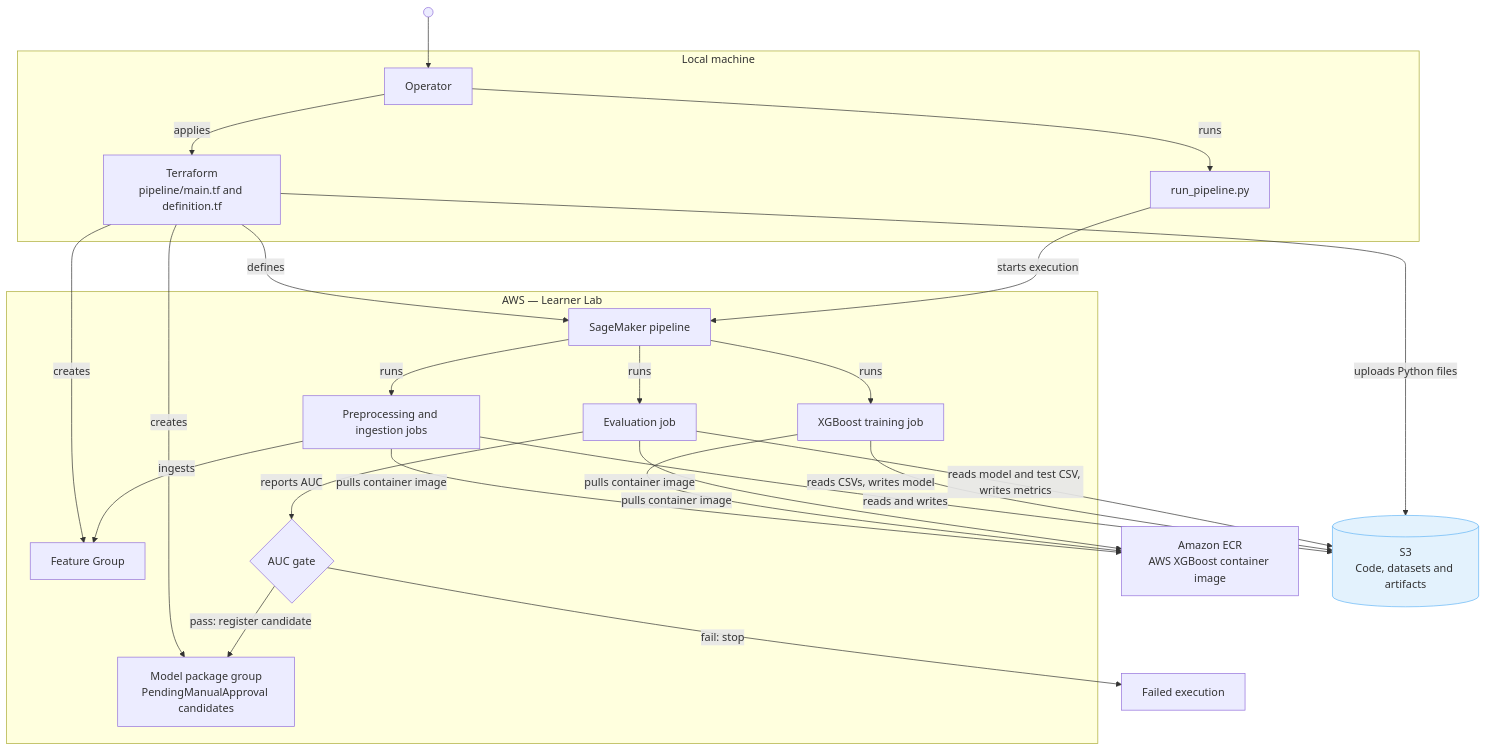
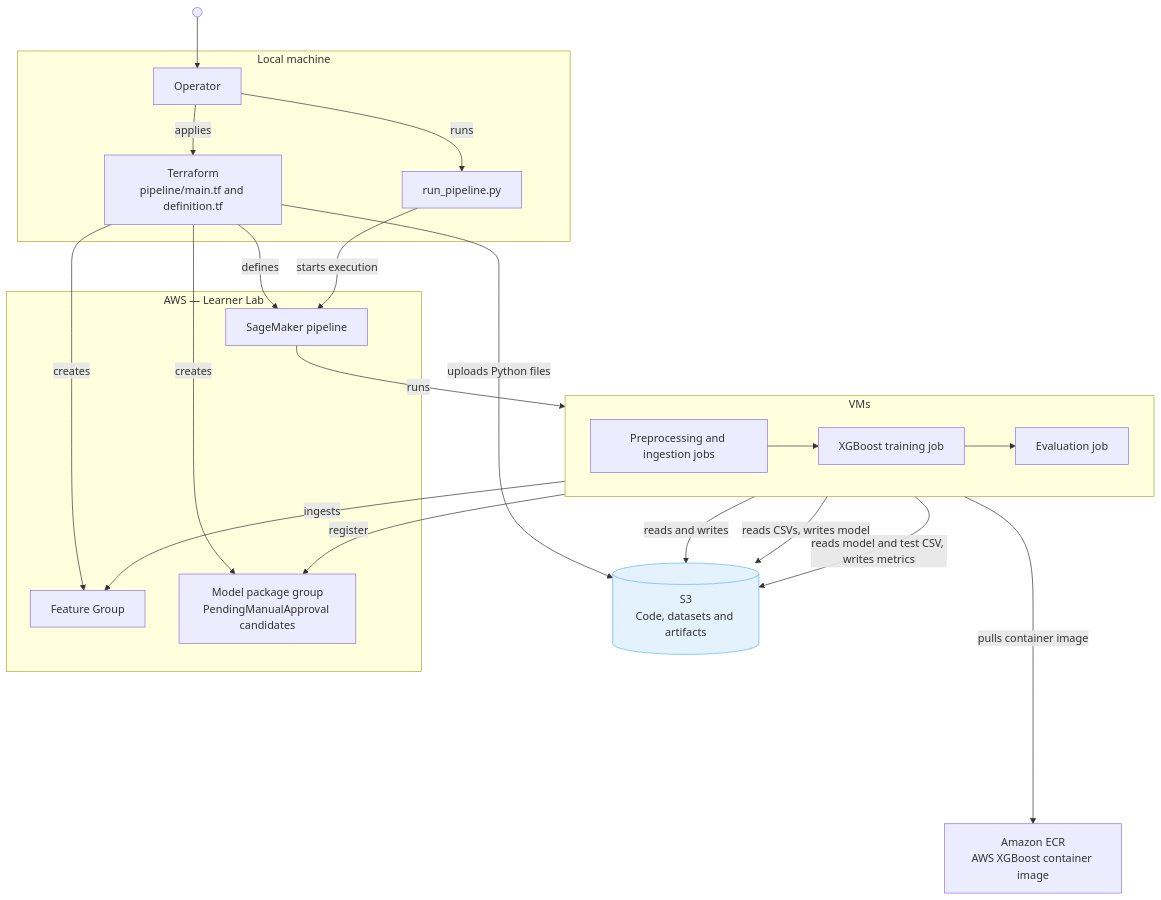
The diagram in Documentation/Pipeline/Children/Pipeline/Resources/ComponentDiagram.md (MaximeBoulat/customer-churn-pipeline), drawn with Mermaid before and after one commit. The commit also changed 7 other files, not shown here.

````diff
--- a/Documentation/Pipeline/Children/Pipeline/Resources/ComponentDiagram.md
+++ b/Documentation/Pipeline/Children/Pipeline/Resources/ComponentDiagram.md
@@ -1,43 +1,49 @@
 ```mermaid
 flowchart TB
-    Start@{ shape: start }
-    subgraph Local["Local machine"]
-        Operator["Operator"]
-        Terraform["Terraform<br/>pipeline/main.tf and definition.tf"]
-        Launcher["run_pipeline.py"]
-    end  
-    subgraph AWS["AWS — Learner Lab"]
-        Pipeline["SageMaker pipeline"]
-        Preparation["Preprocessing and ingestion jobs"]
-        FeatureGroup["Feature Group"]
-        Training["XGBoost training job"]
-        Evaluation["Evaluation job"]
-        Gate{"AUC gate"}
-        Registry["Model package group<br/>PendingManualApproval candidates"]
-    end
-    ECR["Amazon ECR<br/>AWS XGBoost container image"]
-    S3[("S3<br/>Code, datasets and artifacts")]
-    Start --> Operator
-    Operator -->|applies| Terraform
-    Operator -->|runs| Launcher
-    Terraform -->|uploads Python files| S3
-    Terraform -->|defines| Pipeline
-    Terraform -->|creates| FeatureGroup
-    Terraform -->|creates| Registry
-    Launcher -->|starts execution| Pipeline
-    Pipeline -->|runs| Preparation
-    Preparation -->|ingests| FeatureGroup
-    Pipeline -->|runs| Training
-    Pipeline -->|runs| Evaluation
-    Evaluation -->|reports AUC| Gate
-    Gate -->|pass: register candidate| Registry
-    Gate -->|fail: stop| Failed["Failed execution"]
-    Preparation -->|pulls container image| ECR
-    Training -->|pulls container image| ECR
-    Evaluation -->|pulls container image| ECR
-    Preparation -->|reads and writes| S3
-    Training -->|reads CSVs, writes model| S3
-    Evaluation -->|reads model and test CSV, writes metrics| S3
-    classDef dataStore fill:#E3F2FD,stroke:#64B5F6
-    class S3 dataStore
+
+subgraph VMs
+direction LR
+    Preparation["Preprocessing and ingestion jobs"]
+    Training["XGBoost training job"]
+    Evaluation["Evaluation job"]
+
+    Preparation --> Training
+    Training --> Evaluation
+
+
+end
+Start@{ shape: start }
+subgraph Local["Local machine"]
+    Operator["Operator"]
+    Terraform["Terraform<br/>pipeline/main.tf and definition.tf"]
+    Launcher["run_pipeline.py"]
+end   
+subgraph AWS["AWS — Learner Lab"]
+    Pipeline["SageMaker pipeline"]
+    FeatureGroup["Feature Group"]
+    
+    Registry["Model package group<br/>PendingManualApproval candidates"]
+end
+
+ECR["Amazon ECR<br/>AWS XGBoost container image"]
+
+
+S3[("S3<br/>Code, datasets and artifacts")]
+Start --> Operator
+Operator -->|applies| Terraform
+Operator -->|runs| Launcher
+Terraform -->|uploads Python files| S3
+Terraform -->|defines| Pipeline
+Terraform -->|creates| FeatureGroup
+Terraform -->|creates| Registry
+Launcher -->|starts execution| Pipeline
+Preparation -->|ingests| FeatureGroup
+Pipeline -->|runs| VMs
+Evaluation -->|register| Registry
+VMs ------>|pulls container image| ECR
+Preparation -->|reads and writes| S3
+Training -->|reads CSVs, writes model| S3
+Evaluation -->|reads model and test CSV, writes metrics| S3
+classDef dataStore fill:#E3F2FD,stroke:#64B5F6
+class S3 dataStore
 ```
````
